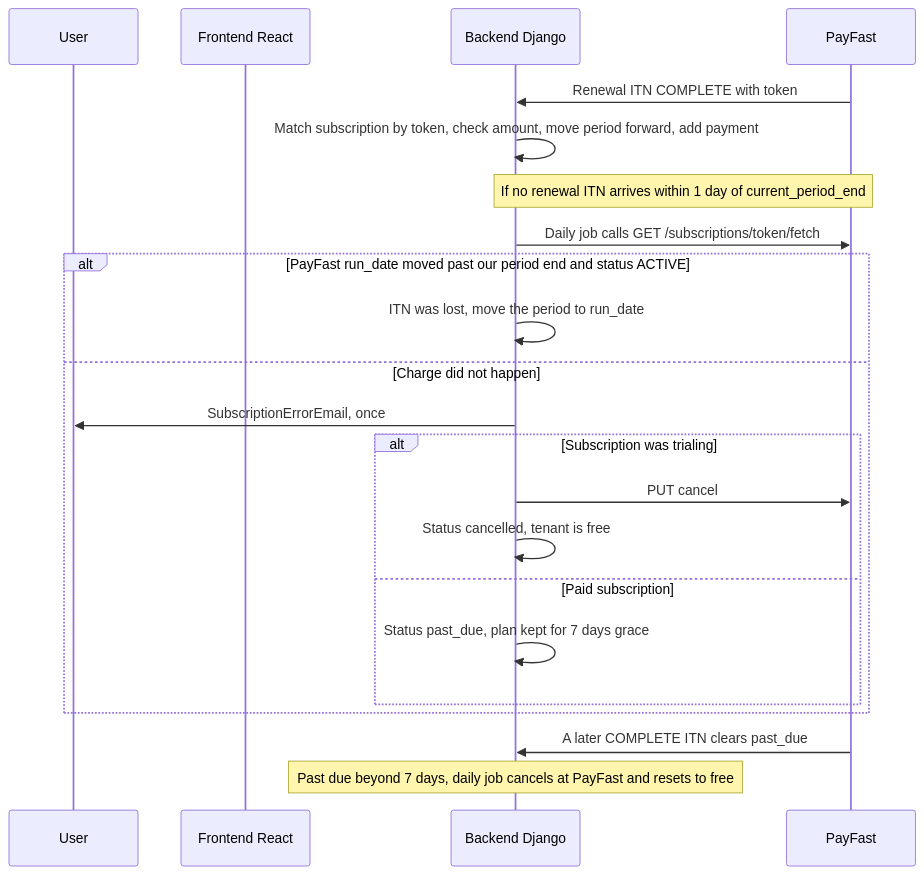
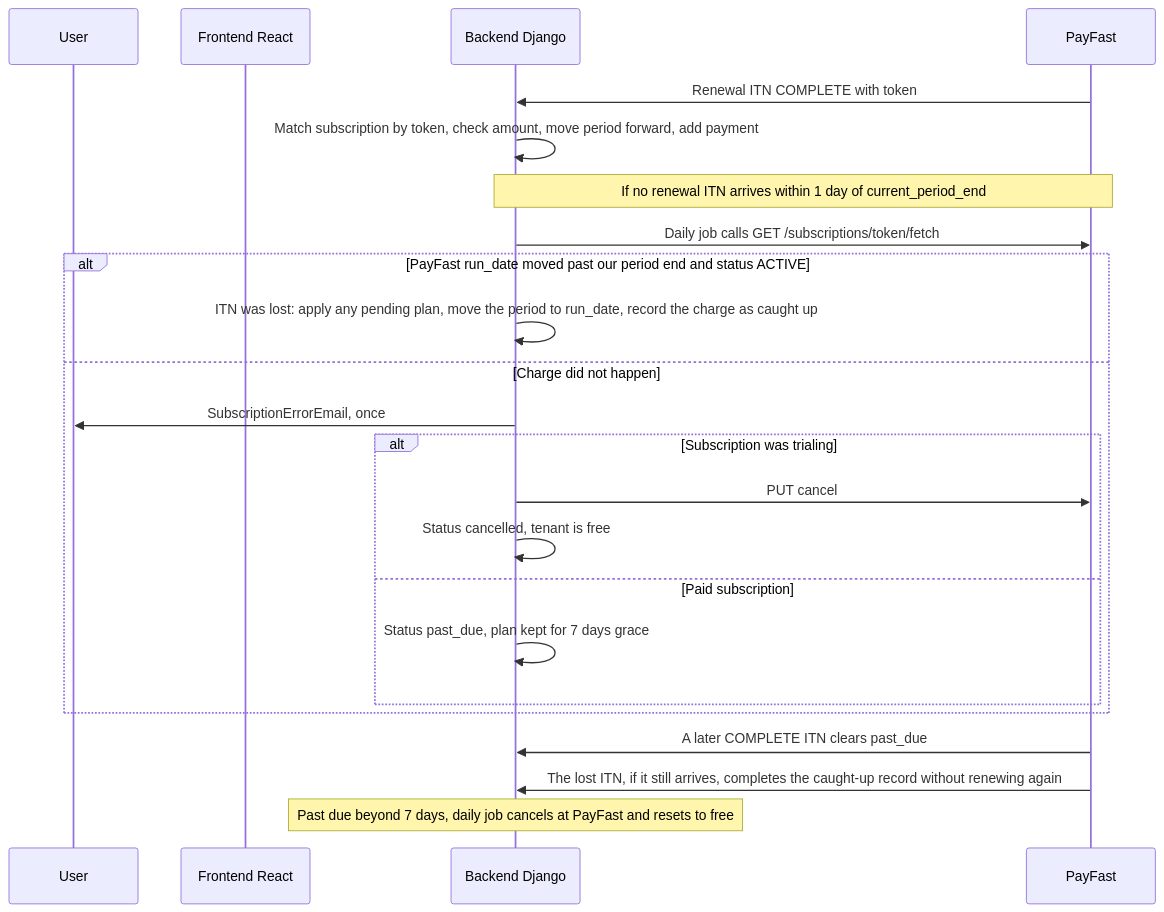
Before and after one commit to Kgotso-Koete/shopify-python-django-saas-app: the fifth of 7 diagrams in docs/superpowers/specs/2026-10-01-payfast-walkthrough.md, drawn with Mermaid. The commit also changed other lines of this file and 59 other files, not shown here.

````diff
--- a/docs/superpowers/specs/2026-10-01-payfast-walkthrough.md
+++ b/docs/superpowers/specs/2026-10-01-payfast-walkthrough.md
@@ -233,24 +233,25 @@
 ```mermaid
 sequenceDiagram
   participant U as User
   participant F as Frontend React
   participant B as Backend Django
   participant P as PayFast
   P->>B: Renewal ITN COMPLETE with token
   B->>B: Match subscription by token, check amount, move period forward, add payment
   Note over B,P: If no renewal ITN arrives within 1 day of current_period_end
   B->>P: Daily job calls GET /subscriptions/token/fetch
   alt PayFast run_date moved past our period end and status ACTIVE
-    B->>B: ITN was lost, move the period to run_date
+    B->>B: ITN was lost: apply any pending plan, move the period to run_date, record the charge as caught up
   else Charge did not happen
     B->>U: SubscriptionErrorEmail, once
     alt Subscription was trialing
       B->>P: PUT cancel
       B->>B: Status cancelled, tenant is free
     else Paid subscription
       B->>B: Status past_due, plan kept for 7 days grace
     end
   end
   P->>B: A later COMPLETE ITN clears past_due
+  P->>B: The lost ITN, if it still arrives, completes the caught-up record without renewing again
   Note over B: Past due beyond 7 days, daily job cancels at PayFast and resets to free
 ```
````
